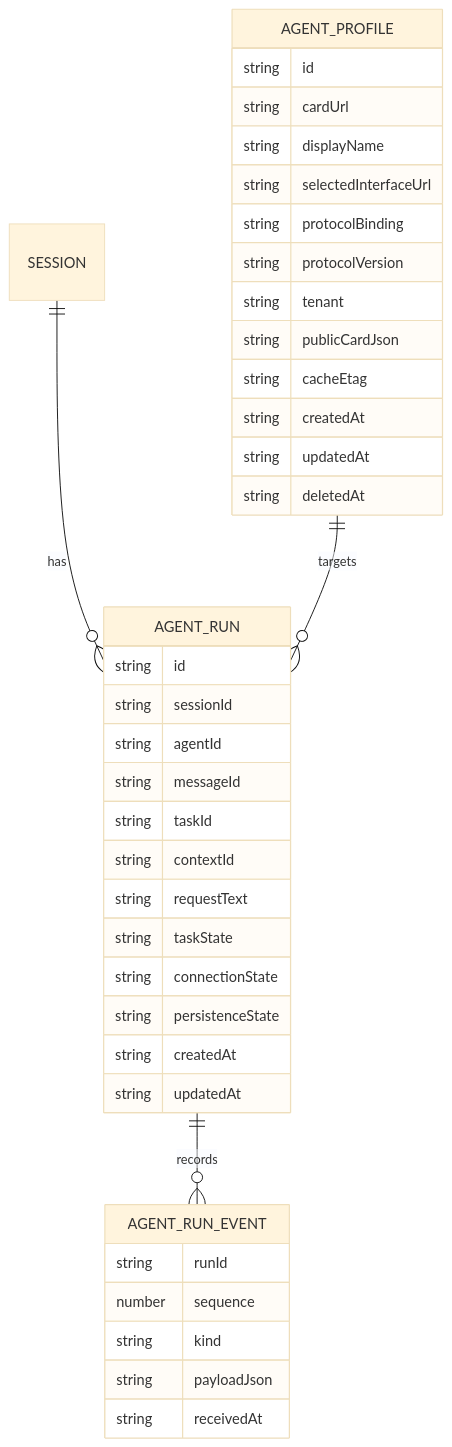
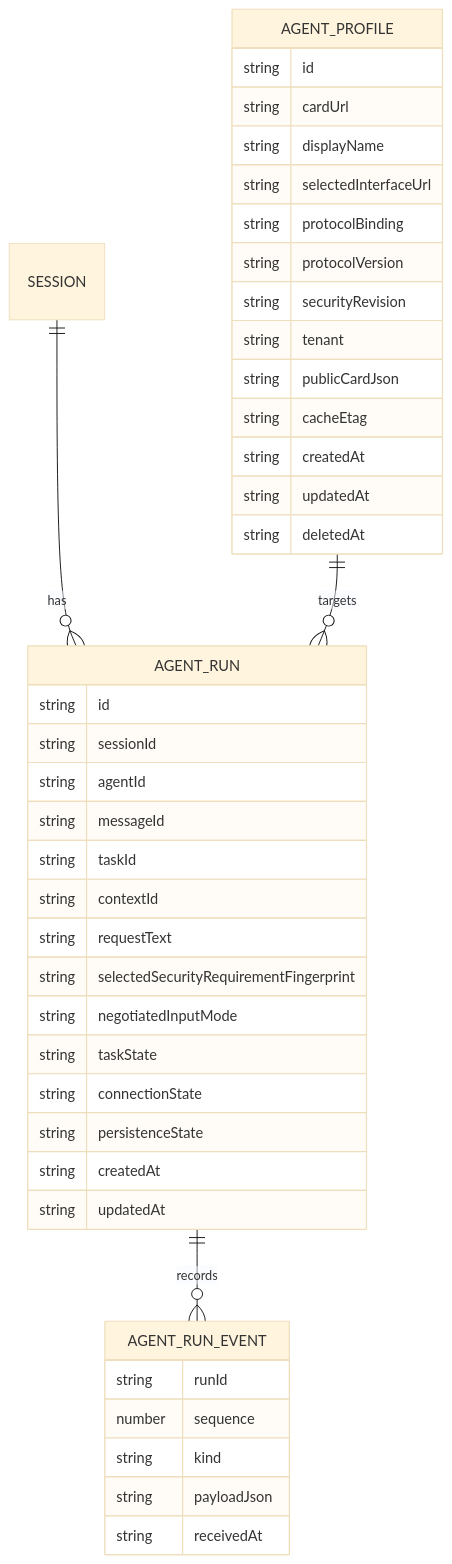
The third of 5 diagrams in docs/plans/A2A-client/README.md (whizzzkid/point-and-shoot), drawn with Mermaid (base theme) before and after one commit. The commit also changed other lines of this file and 6 other files, not shown here.

First line of the commit message:
docs(a2a): 📝 incorporate architecture review findings

````diff
--- a/docs/plans/A2A-client/README.md
+++ b/docs/plans/A2A-client/README.md
@@ -181,42 +190,45 @@
 ```mermaid
 erDiagram
   SESSION ||--o{ AGENT_RUN : has
   AGENT_PROFILE ||--o{ AGENT_RUN : targets
   AGENT_RUN ||--o{ AGENT_RUN_EVENT : records
 
   AGENT_PROFILE {
     string id
     string cardUrl
     string displayName
     string selectedInterfaceUrl
     string protocolBinding
     string protocolVersion
+    string securityRevision
     string tenant
     string publicCardJson
     string cacheEtag
     string createdAt
     string updatedAt
     string deletedAt
   }
   AGENT_RUN {
     string id
     string sessionId
     string agentId
     string messageId
     string taskId
     string contextId
     string requestText
+    string selectedSecurityRequirementFingerprint
+    string negotiatedInputMode
     string taskState
     string connectionState
     string persistenceState
     string createdAt
     string updatedAt
   }
   AGENT_RUN_EVENT {
     string runId
     number sequence
     string kind
     string payloadJson
     string receivedAt
   }
 ```
````
